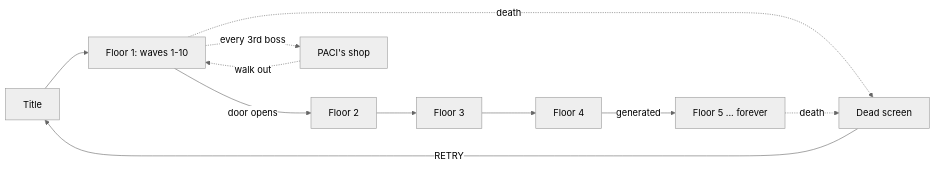
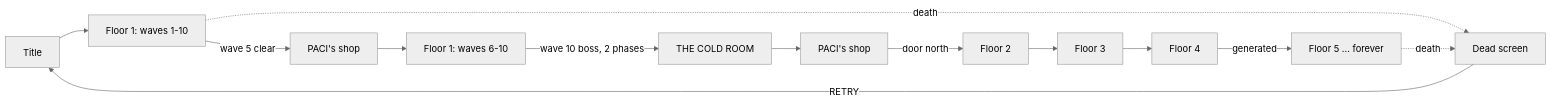
The diagram in docs/How A Run Goes.md (YOTI876/meat-protocol), drawn with Mermaid (neutral theme) before and after one commit. The commit also changed other lines of this file and 24 other files, not shown here.

````diff
--- a/docs/How A Run Goes.md
+++ b/docs/How A Run Goes.md
@@ -11,13 +12,15 @@
 ```mermaid
 flowchart LR
   T[Title] --> F1[Floor 1: waves 1-10]
-  F1 -->|door opens| F2[Floor 2]
+  F1 -->|wave 5 clear| S1[PACI's shop]
+  S1 --> F1b[Floor 1: waves 6-10]
+  F1b -->|wave 10 boss, 2 phases| C[THE COLD ROOM]
+  C --> S[PACI's shop]
+  S -->|door north| F2[Floor 2]
   F2 --> F3[Floor 3]
   F3 --> F4[Floor 4]
   F4 -->|generated| FN[Floor 5 ... forever]
-  F1 -.every 3rd boss.-> S[PACI's shop]
-  S -.walk out.-> F1
   F1 -.death.-> D[Dead screen]
   FN -.death.-> D
   D -->|RETRY| T
 ```
````
